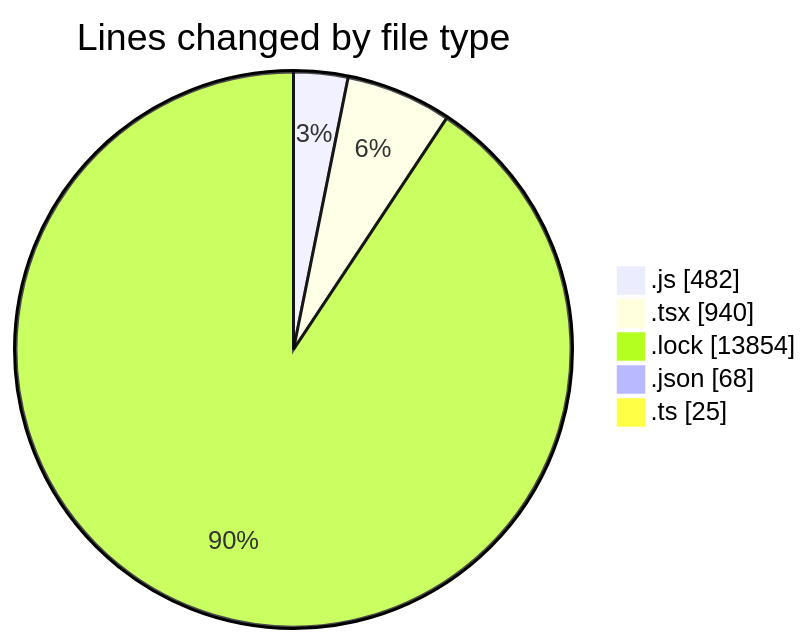
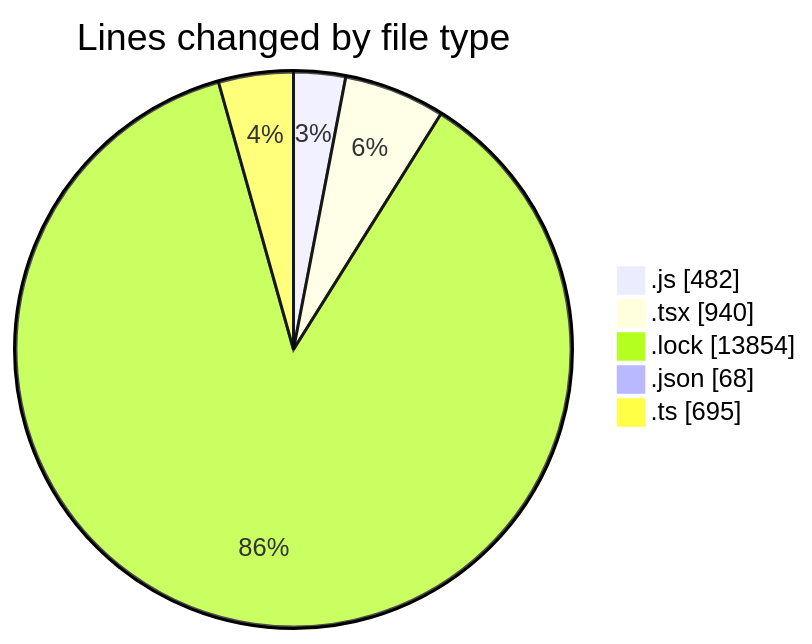
Before and after one commit to momahboobian/code-tracking: the first of 2 diagrams in 2026-06-16/cda/README.md, drawn with Mermaid. The commit also changed other lines of this file and 1 other file, not shown here.

````diff
--- a/2026-06-16/cda/README.md
+++ b/2026-06-16/cda/README.md
@@ -29,9 +32,9 @@
 ```mermaid
 pie showData
 title Lines changed by file type
 ".js" : 482
 ".tsx" : 940
 ".lock" : 13854
 ".json" : 68
-".ts" : 25
+".ts" : 695
 ```
````
